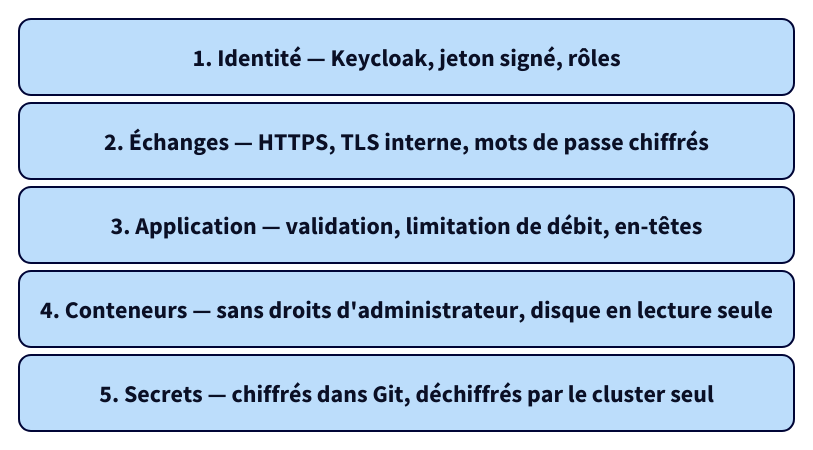
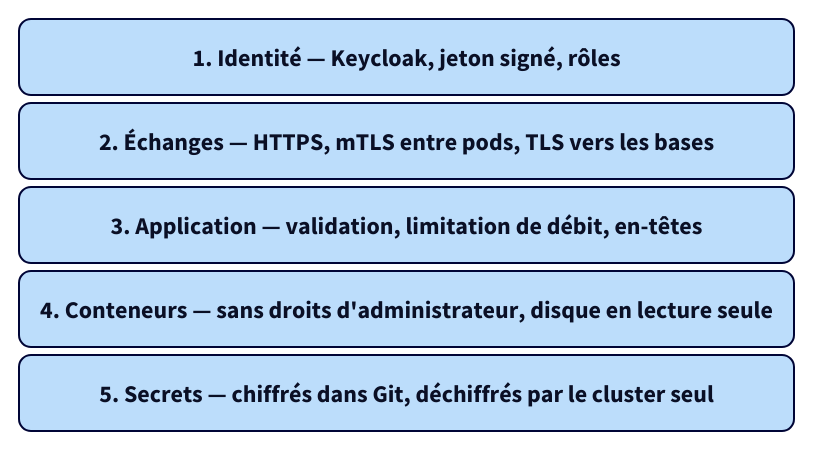
The diagram in docs/securite/index.md (kitaah/pme), drawn with D2 before and after one commit. The commit also changed other lines of this file and 20 other files, not shown here.

````diff
--- a/docs/securite/index.md
+++ b/docs/securite/index.md
@@ -35,31 +35,31 @@
 ```d2
 vars: {
   d2-config: {
     layout-engine: elk
     theme-id: 5
     pad: 8
   }
 }
 
 # Mise en forme commune : texte lisible à la largeur de la page, angles arrondis
 classes: {
   boite: {
     style: {
       font-size: 24
       border-radius: 12
     }
   }
 }
 
 couches: "" {
   grid-rows: 5
   grid-gap: 8
   style.opacity: 0
 
   identite: "1. Identité — Keycloak, jeton signé, rôles" {class: boite}
-  echanges: "2. Échanges — HTTPS, TLS interne, mots de passe chiffrés" {class: boite}
+  echanges: "2. Échanges — HTTPS, mTLS entre pods, TLS vers les bases" {class: boite}
   application: "3. Application — validation, limitation de débit, en-têtes" {class: boite}
   conteneurs: "4. Conteneurs — sans droits d'administrateur, disque en lecture seule" {class: boite}
   secrets: "5. Secrets — chiffrés dans Git, déchiffrés par le cluster seul" {class: boite}
 }
 ```
````
